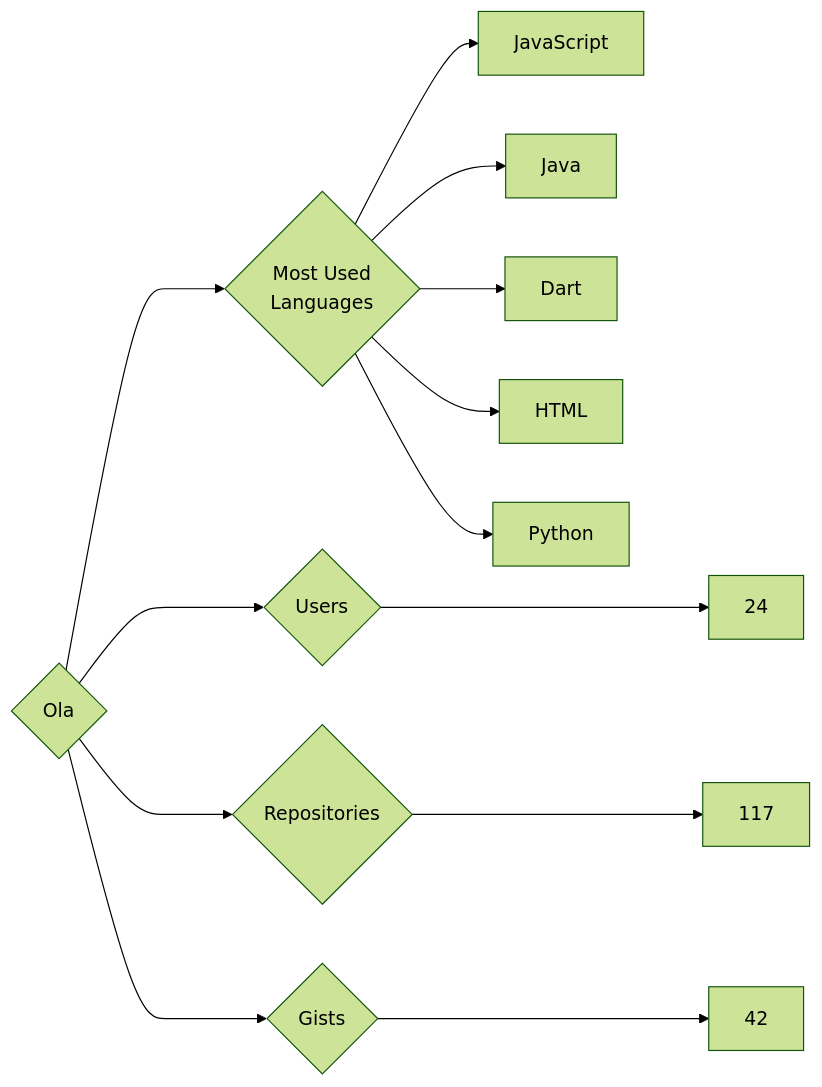
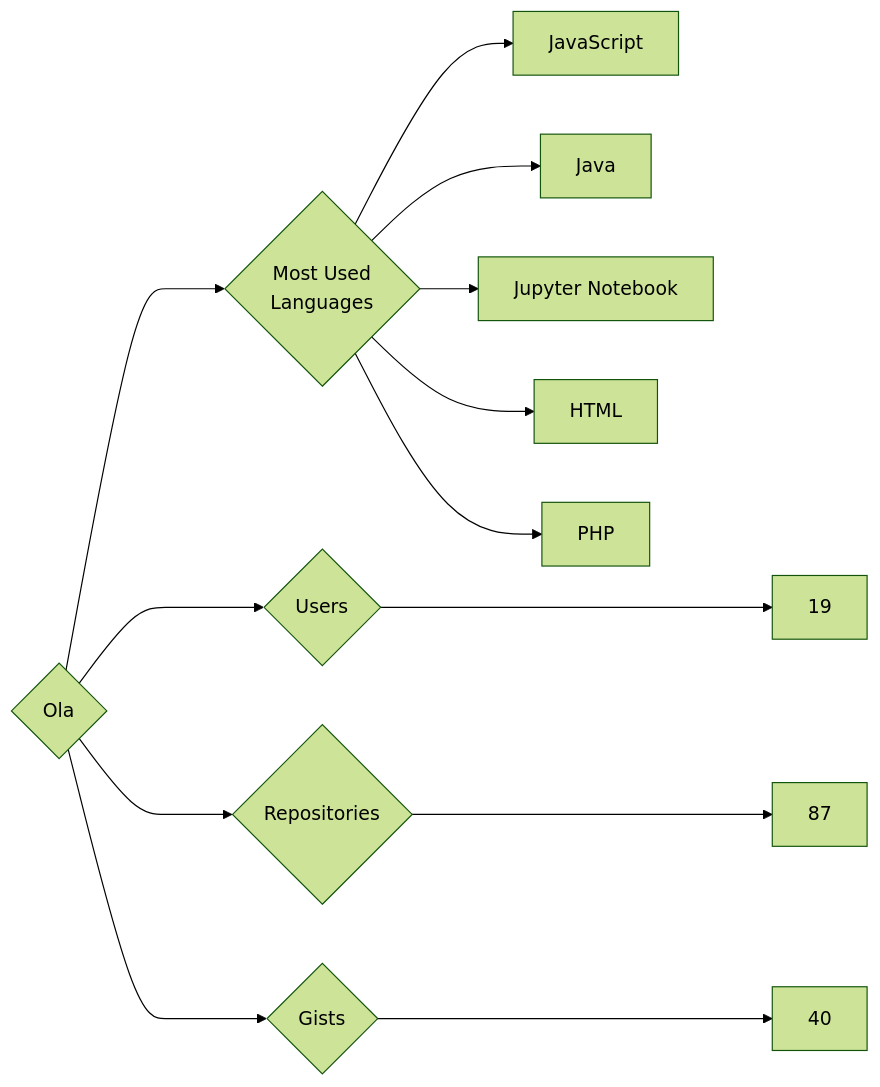
Before and after one commit to trickest/insiders: the diagram in targets/Ola/README.md, drawn with Mermaid (forest theme). The commit also changed 928 other files, not shown here.

````diff
--- a/targets/Ola/README.md
+++ b/targets/Ola/README.md
@@ -3,13 +3,13 @@
 ```mermaid
 graph LR
 COMPANY_NAME{Ola}
-COMPANY_NAME ---> U{Users} ---> UN[24]
-COMPANY_NAME ---> R{Repositories} ---> RN[117]
-COMPANY_NAME ---> G{Gists} ---> GN[42]
+COMPANY_NAME ---> U{Users} ---> UN[19]
+COMPANY_NAME ---> R{Repositories} ---> RN[87]
+COMPANY_NAME ---> G{Gists} ---> GN[40]
 COMPANY_NAME ---> ML{Most Used<br>Languages}
 ML --> JavaScript[JavaScript]
 ML --> Java[Java]
-ML --> Dart[Dart]
+ML --> Jupyter_Notebook[Jupyter Notebook]
 ML --> HTML[HTML]
-ML --> Python[Python]
+ML --> PHP[PHP]
 ```
````
